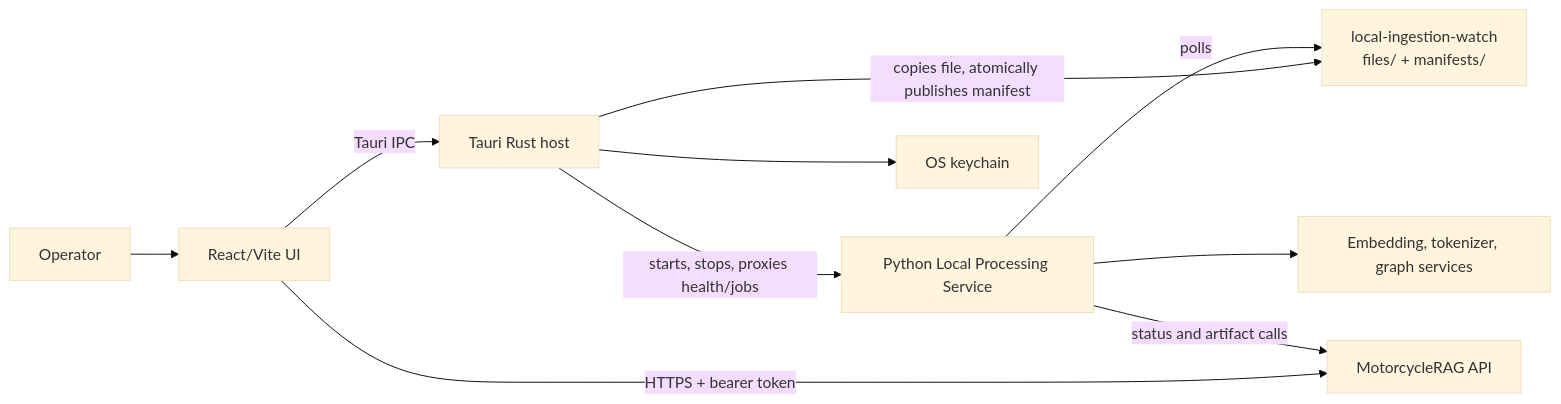
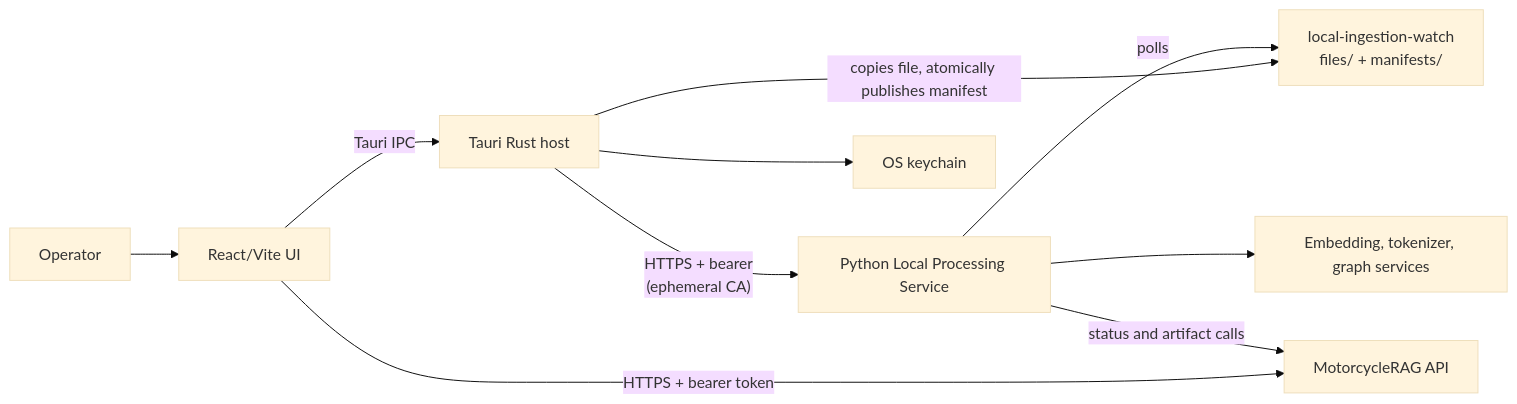
Before and after one commit to dpalfery/motorcycle-rag-system: the diagram in 6-Docs/MotorcycleRAG.AdminDesktop/architecture.md, drawn with Mermaid (base theme). The commit also changed other lines of this file and 67 other files, not shown here.

````diff
--- a/6-Docs/MotorcycleRAG.AdminDesktop/architecture.md
+++ b/6-Docs/MotorcycleRAG.AdminDesktop/architecture.md
@@ -9,12 +9,12 @@
 ```mermaid
 flowchart LR
     Operator["Operator"] --> UI["React/Vite UI"]
     UI -->|"Tauri IPC"| Host["Tauri Rust host"]
     UI -->|"HTTPS + bearer token"| Api["MotorcycleRAG API"]
-    Host -->|"starts, stops, proxies health/jobs"| Processor["Python Local Processing Service"]
+    Host -->|"HTTPS + bearer\n(ephemeral CA)"| Processor["Python Local Processing Service"]
     Host -->|"copies file, atomically publishes manifest"| Watch["local-ingestion-watch\nfiles/ + manifests/"]
     Processor -->|"polls"| Watch
     Processor -->|"status and artifact calls"| Api
     Host --> Keychain["OS keychain"]
     Processor --> Models["Embedding, tokenizer, graph services"]
 ```
````
